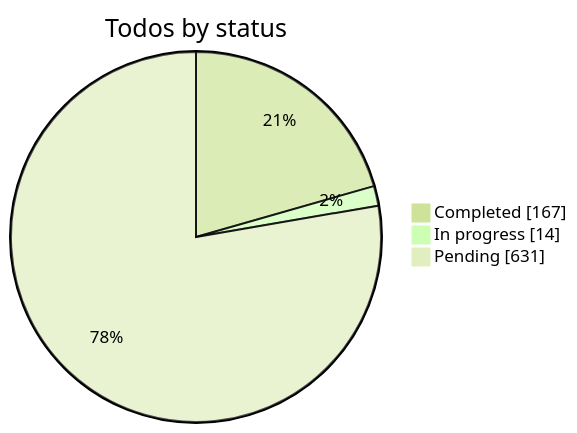
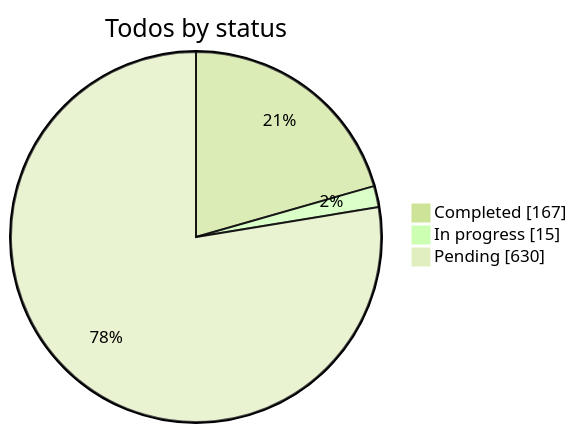
Before and after one commit to KantaPaul/next-cms: the first of 6 diagrams in .cursor/plans/combined_cms_refs_f96163bc.plan.md, drawn with Mermaid (forest theme). The commit also changed other lines of this file and 5 other files, not shown here.

````diff
--- a/.cursor/plans/combined_cms_refs_f96163bc.plan.md
+++ b/.cursor/plans/combined_cms_refs_f96163bc.plan.md
@@ -2463,6 +2463,6 @@
 ```mermaid
 pie showData title Todos by status
   "Completed" : 167
-  "In progress" : 14
-  "Pending" : 631
+  "In progress" : 15
+  "Pending" : 630
 ```
````
